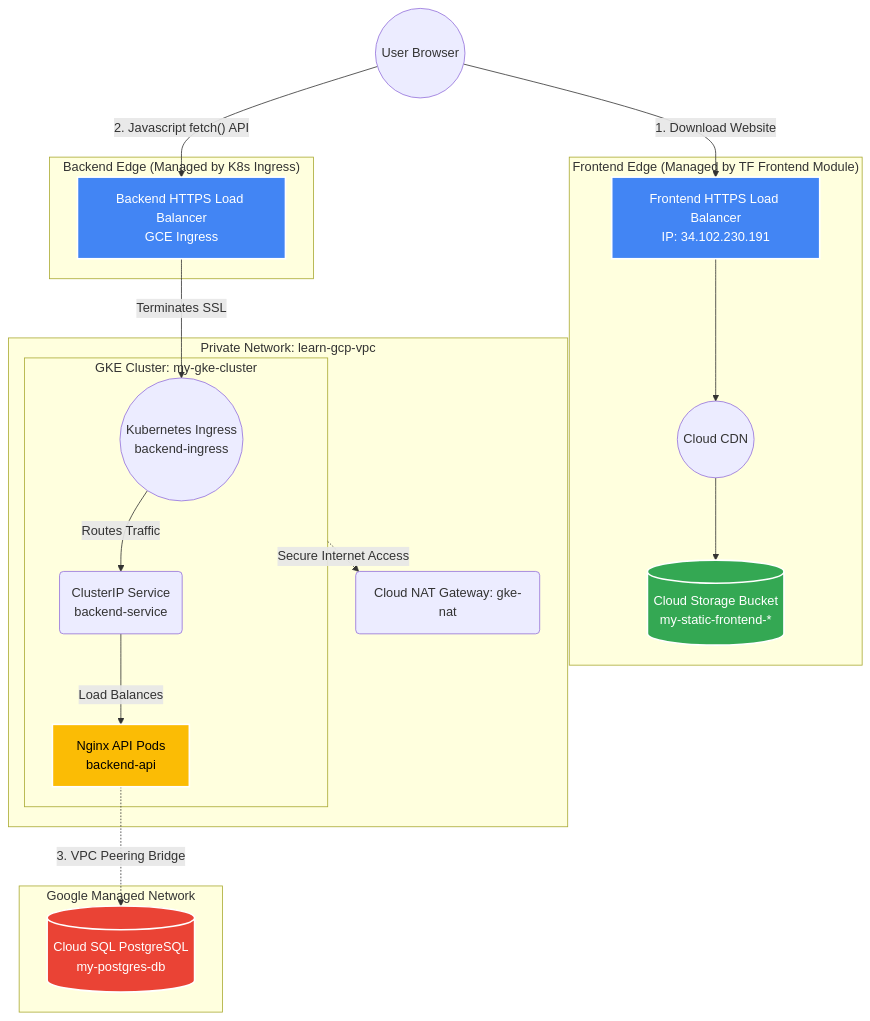
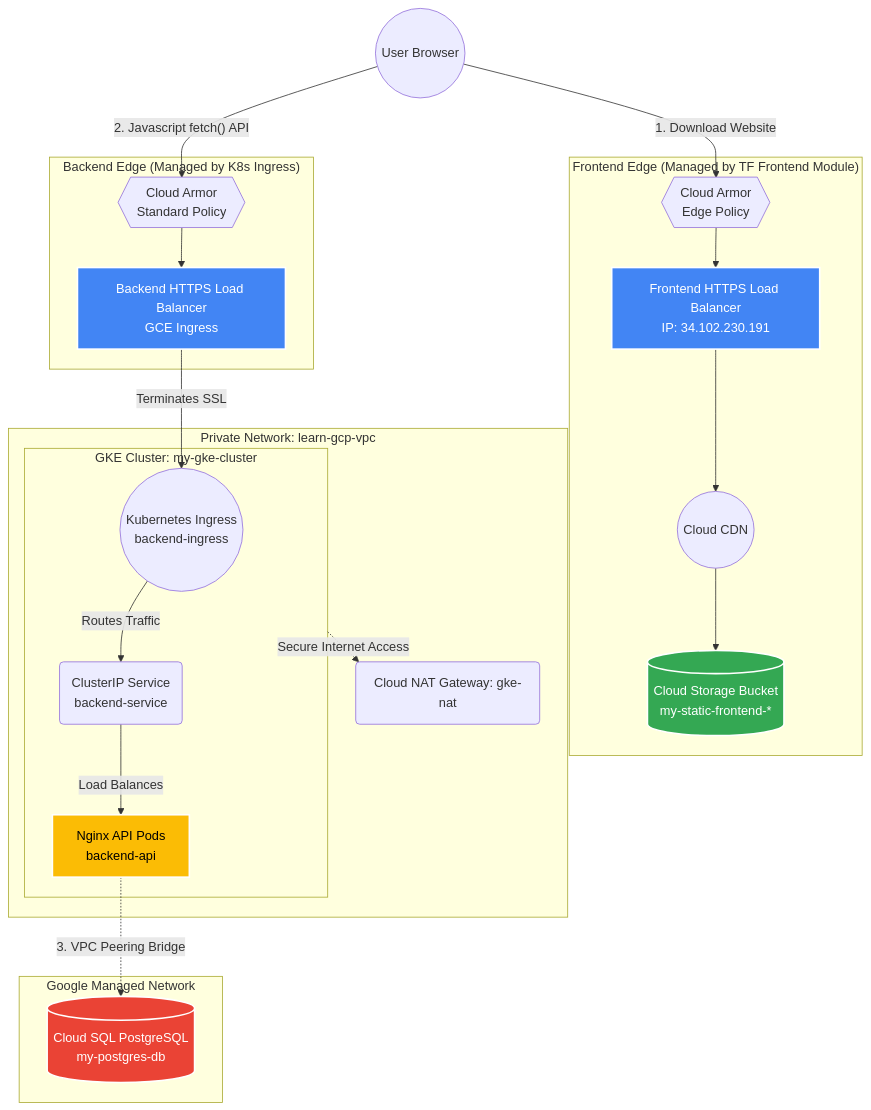
Before and after one commit to chaitanya-sharmaa/gcp: the diagram in README.md, drawn with Mermaid. The commit also changed 6 other files, not shown here.

Commit message:
feat: add cloud armor to architecture and update documentation

````diff
--- a/README.md
+++ b/README.md
@@ -5,56 +5,60 @@
 ```mermaid
 graph TD
     User((User Browser))
 
     subgraph Frontend ["Frontend Edge (Managed by TF Frontend Module)"]
+        WAF1{{"Cloud Armor<br/>Edge Policy"}}
         FLB["Frontend HTTPS Load Balancer<br/>IP: 34.102.230.191"]
         CDN(("Cloud CDN"))
         Bucket[("Cloud Storage Bucket<br/>my-static-frontend-*")]
     end
 
     subgraph Backend ["Backend Edge (Managed by K8s Ingress)"]
+        WAF2{{"Cloud Armor<br/>Standard Policy"}}
         BLB["Backend HTTPS Load Balancer<br/>GCE Ingress"]
     end
 
     subgraph VPC ["Private Network: learn-gcp-vpc"]
         NAT("Cloud NAT Gateway: gke-nat")
         
         subgraph GKE ["GKE Cluster: my-gke-cluster"]
             Ingress(("Kubernetes Ingress<br/>backend-ingress"))
             Service("ClusterIP Service<br/>backend-service")
             Pods["Nginx API Pods<br/>backend-api"]
         end
     end
 
     subgraph GoogleVPC ["Google Managed Network"]
         DB[("Cloud SQL PostgreSQL<br/>my-postgres-db")]
     end
 
     %% Frontend Flow
-    User -- "1. Download Website" --> FLB
+    User -- "1. Download Website" --> WAF1
+    WAF1 --> FLB
     FLB --> CDN
     CDN --> Bucket
 
     %% Backend Flow
-    User -- "2. Javascript fetch() API" --> BLB
+    User -- "2. Javascript fetch() API" --> WAF2
+    WAF2 --> BLB
     BLB -- "Terminates SSL" --> Ingress
     Ingress -- "Routes Traffic" --> Service
     Service -- "Load Balances" --> Pods
     
     %% Database Flow
     Pods -. "3. VPC Peering Bridge" .-> DB
     
     %% Outbound Flow
     GKE -. "Secure Internet Access" .-> NAT
 
     %% Styling
     classDef lb fill:#4285F4,stroke:#fff,stroke-width:2px,color:#fff;
     classDef storage fill:#34A853,stroke:#fff,stroke-width:2px,color:#fff;
     classDef db fill:#EA4335,stroke:#fff,stroke-width:2px,color:#fff;
     classDef compute fill:#FBBC05,stroke:#fff,stroke-width:2px,color:#000;
     
     class FLB,BLB lb;
     class Bucket storage;
     class DB db;
     class Pods compute;
 ```
````
